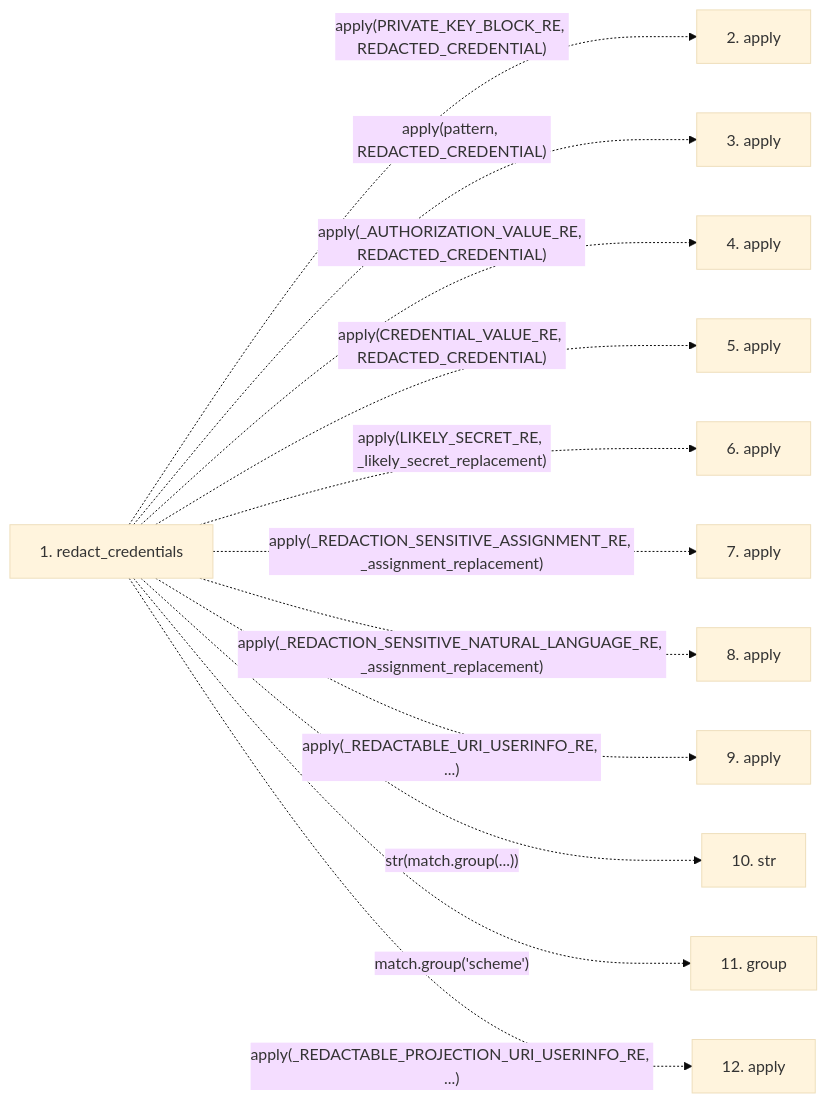
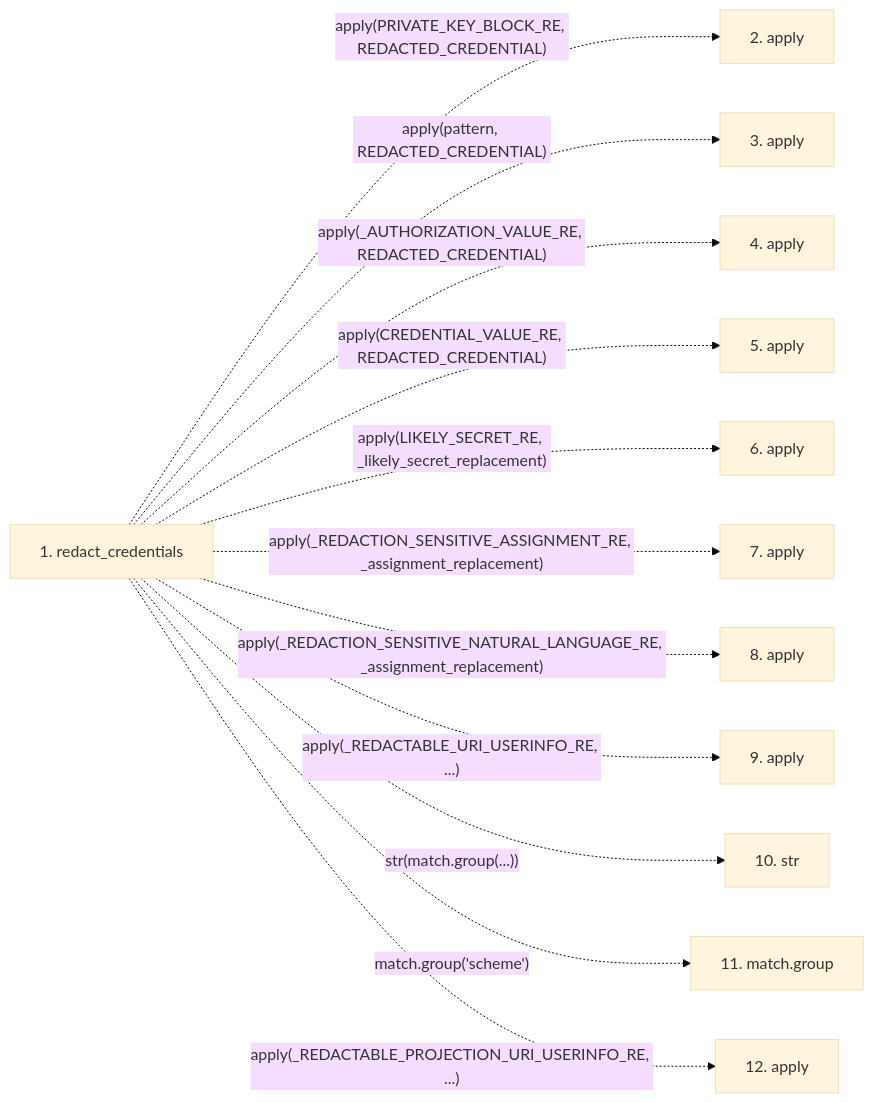
The second of 2 diagrams in docs/llm_wiki/flows/api-redact_credentials.md (Denissvgn/python-wiki-llm), drawn with Mermaid (base theme) before and after one commit. The commit also changed other lines of this file and 719 other files, not shown here.

````diff
--- a/docs/llm_wiki/flows/api-redact_credentials.md
+++ b/docs/llm_wiki/flows/api-redact_credentials.md
@@ -34,27 +34,27 @@
 ```mermaid
 flowchart LR
     s1["1. redact_credentials"]
     s2["2. apply"]
     s3["3. apply"]
     s4["4. apply"]
     s5["5. apply"]
     s6["6. apply"]
     s7["7. apply"]
     s8["8. apply"]
     s9["9. apply"]
     s10["10. str"]
-    s11["11. group"]
+    s11["11. match.group"]
     s12["12. apply"]
     s1 -. "apply(PRIVATE_KEY_BLOCK_RE, REDACTED_CREDENTIAL)" .-> s2
     s1 -. "apply(pattern, REDACTED_CREDENTIAL)" .-> s3
     s1 -. "apply(_AUTHORIZATION_VALUE_RE, REDACTED_CREDENTIAL)" .-> s4
     s1 -. "apply(CREDENTIAL_VALUE_RE, REDACTED_CREDENTIAL)" .-> s5
     s1 -. "apply(LIKELY_SECRET_RE, _likely_secret_replacement)" .-> s6
     s1 -. "apply(_REDACTION_SENSITIVE_ASSIGNMENT_RE, _assignment_replacement)" .-> s7
     s1 -. "apply(_REDACTION_SENSITIVE_NATURAL_LANGUAGE_RE, _assignment_replacement)" .-> s8
     s1 -. "apply(_REDACTABLE_URI_USERINFO_RE, ...)" .-> s9
     s1 -. "str(match.group(...))" .-> s10
     s1 -. "match.group('scheme')" .-> s11
     s1 -. "apply(_REDACTABLE_PROJECTION_URI_USERINFO_RE, ...)" .-> s12
     click s1 "../modules/redaction.md"
 ```
````
